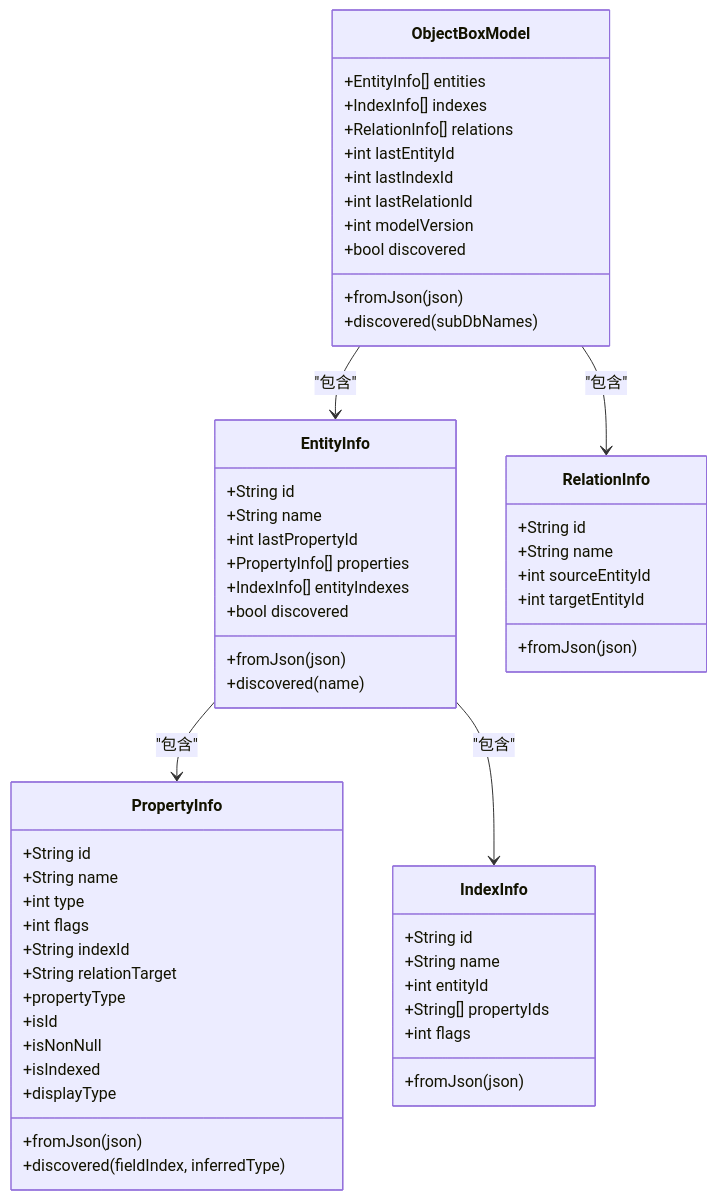
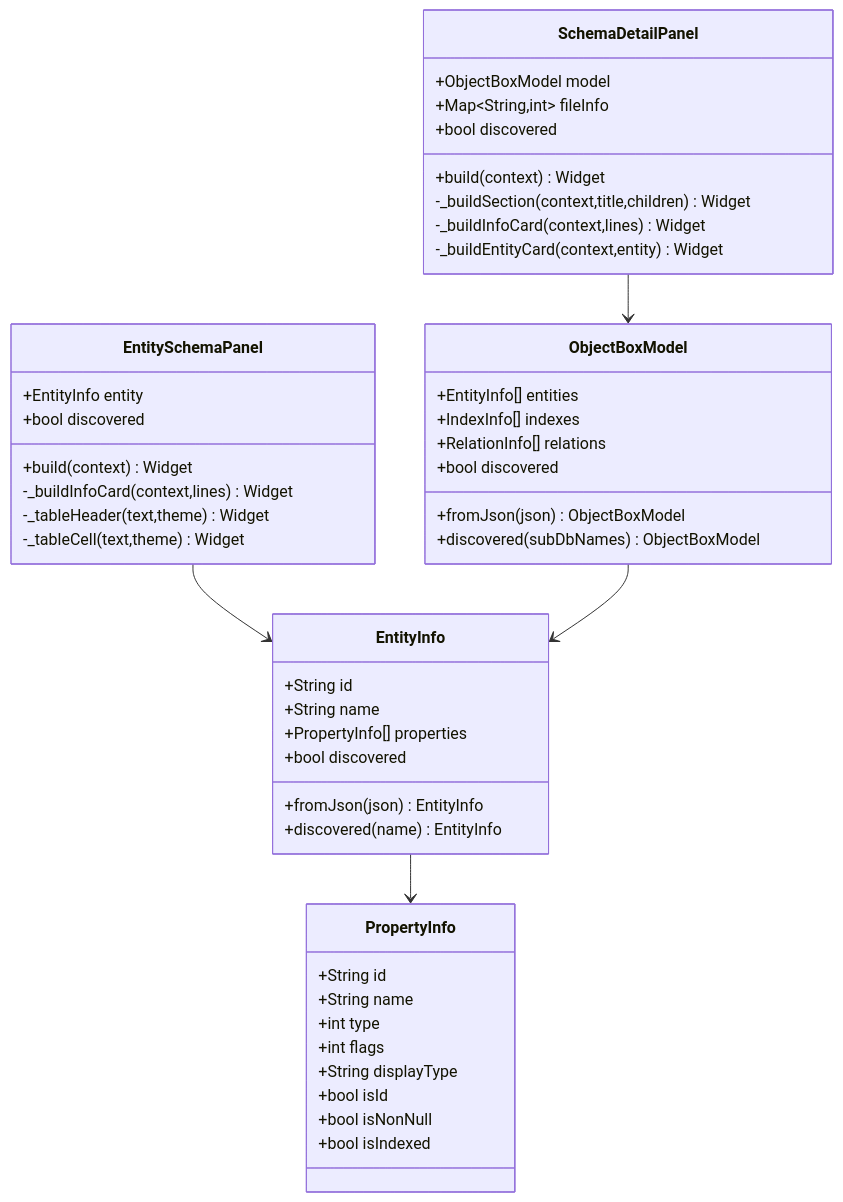
The second of 11 diagrams in .qoder/repowiki/zh/content/UI 组件/Schema 详情面板.md (kongpf8848/objectbox_viewer), drawn with Mermaid before and after one commit. The commit also changed other lines of this file and 9 other files, not shown here.

````diff
--- a/.qoder/repowiki/zh/content/UI 组件/Schema 详情面板.md
+++ b/.qoder/repowiki/zh/content/UI 组件/Schema 详情面板.md
@@ -104,59 +85,50 @@
 ```mermaid
 classDiagram
+class SchemaDetailPanel {
++ObjectBoxModel model
++Map~String,int~ fileInfo
++bool discovered
++build(context) Widget
+-_buildSection(context,title,children) Widget
+-_buildInfoCard(context,lines) Widget
+-_buildEntityCard(context,entity) Widget
+}
+class EntitySchemaPanel {
++EntityInfo entity
++bool discovered
++build(context) Widget
+-_buildInfoCard(context,lines) Widget
+-_tableHeader(text,theme) Widget
+-_tableCell(text,theme) Widget
+}
 class ObjectBoxModel {
 +EntityInfo[] entities
 +IndexInfo[] indexes
 +RelationInfo[] relations
-+int lastEntityId
-+int lastIndexId
-+int lastRelationId
-+int modelVersion
 +bool discovered
-+fromJson(json)
-+discovered(subDbNames)
++fromJson(json) ObjectBoxModel
++discovered(subDbNames) ObjectBoxModel
 }
 class EntityInfo {
 +String id
 +String name
-+int lastPropertyId
 +PropertyInfo[] properties
-+IndexInfo[] entityIndexes
 +bool discovered
-+fromJson(json)
-+discovered(name)
++fromJson(json) EntityInfo
++discovered(name) EntityInfo
 }
 class PropertyInfo {
 +String id
 +String name
 +int type
 +int flags
-+String indexId
-+String relationTarget
-+fromJson(json)
-+discovered(fieldIndex, inferredType)
-+propertyType
-+isId
-+isNonNull
-+isIndexed
-+displayType
++String displayType
++bool isId
++bool isNonNull
++bool isIndexed
 }
-class IndexInfo {
-+String id
-+String name
-+int entityId
-+String[] propertyIds
-+int flags
-+fromJson(json)
-}
-class RelationInfo {
-+String id
-+String name
-+int sourceEntityId
-+int targetEntityId
-+fromJson(json)
-}
-ObjectBoxModel --> EntityInfo : "包含"
-EntityInfo --> PropertyInfo : "包含"
-EntityInfo --> IndexInfo : "包含"
-ObjectBoxModel --> RelationInfo : "包含"
+SchemaDetailPanel --> ObjectBoxModel
+EntitySchemaPanel --> EntityInfo
+ObjectBoxModel --> EntityInfo
+EntityInfo --> PropertyInfo
 ```
````
